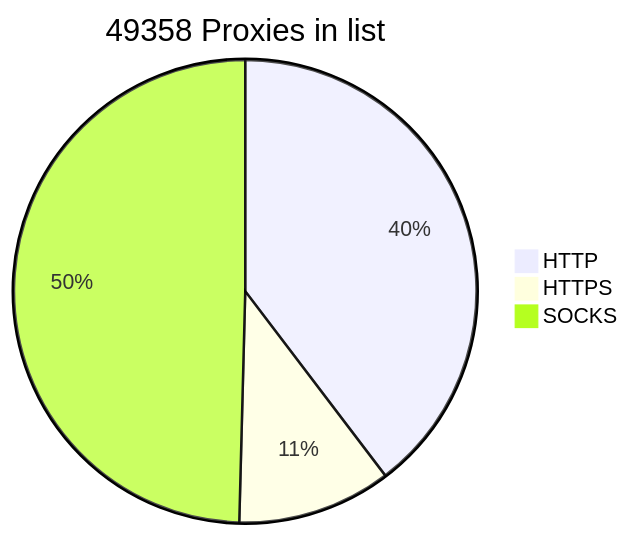
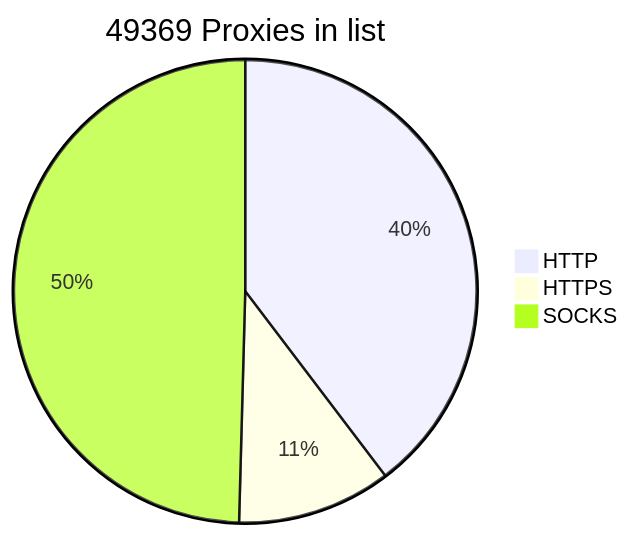
The diagram in README.md (BlackSnowDot/proxylist-update-every-minute), drawn with Mermaid before and after one commit.

````diff
--- a/README.md
+++ b/README.md
@@ -2,6 +2,6 @@
 ```mermaid
-pie title 49358 Proxies in list
-    "HTTP" : 21634
-    "HTTPS": 5866
+pie title 49369 Proxies in list
+    "HTTP" : 21643
+    "HTTPS": 5872
     "SOCKS" : 27051
 ```
````
